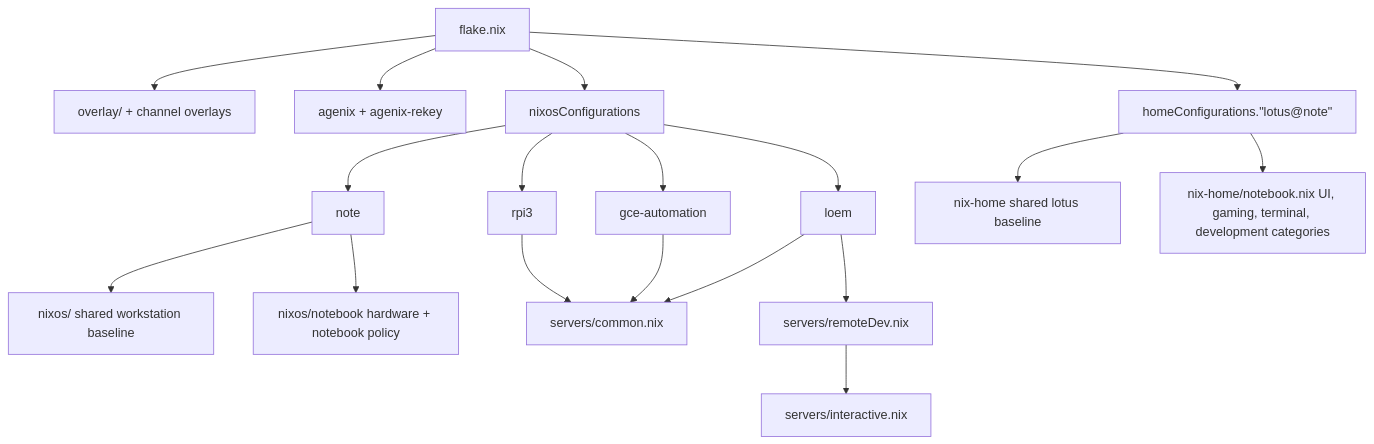
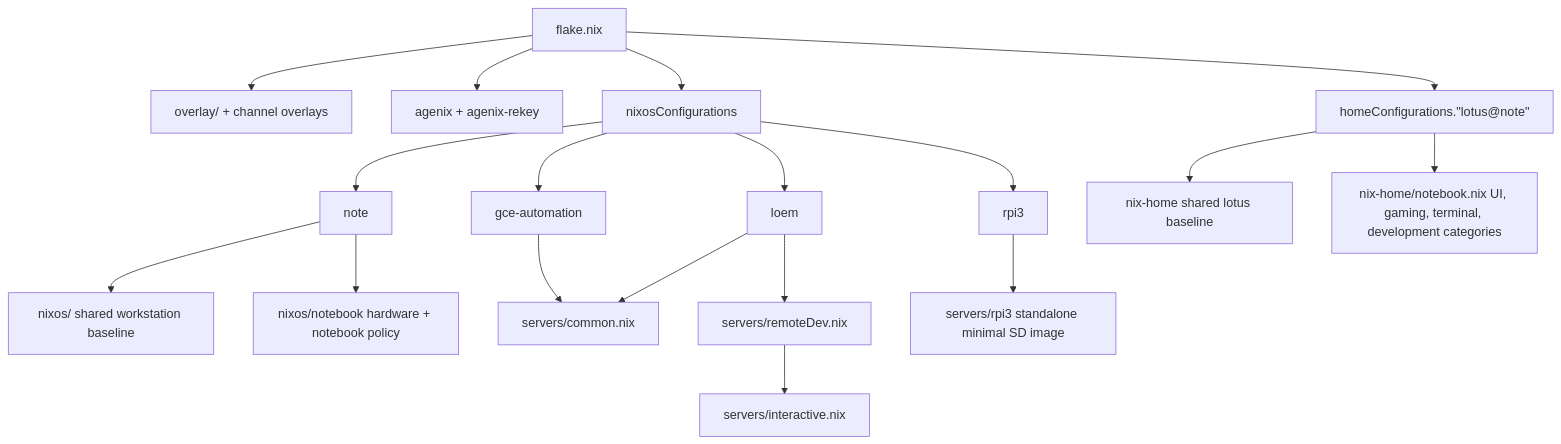
The diagram in docs/architecture.md (Fryuni/config-files), drawn with Mermaid before and after one commit. The commit also changed other lines of this file and 26 other files, not shown here.

Commit message:
feat(os): Minimal Raspberry Pi 3 B image (#108)

````diff
--- a/docs/architecture.md
+++ b/docs/architecture.md
@@ -13,23 +13,23 @@
 ```mermaid
 flowchart TD
     flake[flake.nix] --> overlays[overlay/ + channel overlays]
     flake --> secrets[agenix + agenix-rekey]
     flake --> nixosConfigs[nixosConfigurations]
     flake --> homeConfig["homeConfigurations.&quot;lotus@note&quot;"]
 
     nixosConfigs --> note[note]
     nixosConfigs --> loem[loem]
     nixosConfigs --> gce[gce-automation]
     nixosConfigs --> rpi3[rpi3]
 
     note --> workstation[nixos/ shared workstation baseline]
     note --> notebook[nixos/notebook hardware + notebook policy]
     homeConfig --> homeBase[nix-home shared lotus baseline]
     homeConfig --> homeNote[nix-home/notebook.nix UI, gaming, terminal, development categories]
 
     loem --> serverCommon[servers/common.nix]
     loem --> remoteDev[servers/remoteDev.nix]
     remoteDev --> interactive[servers/interactive.nix]
     gce --> serverCommon
-    rpi3 --> serverCommon
+    rpi3 --> rpiStandalone[servers/rpi3 standalone minimal SD image]
 ```
````
